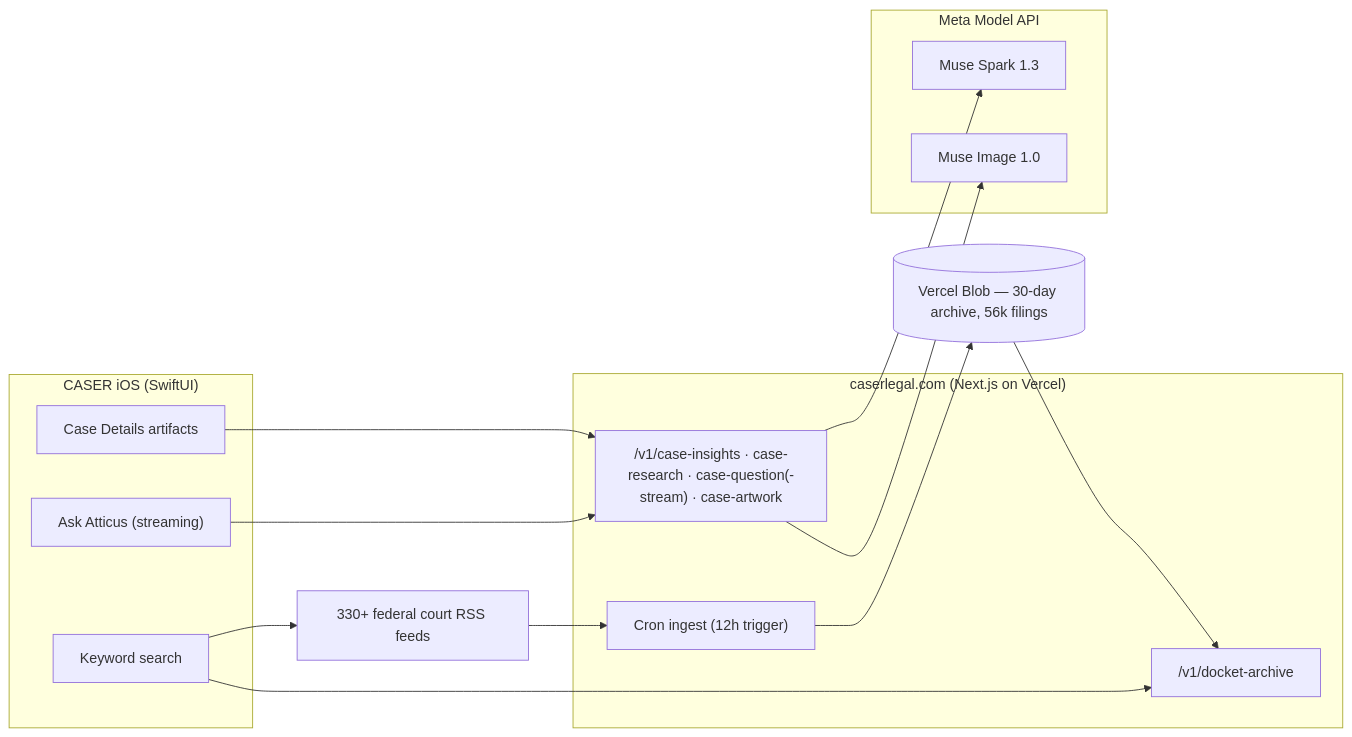
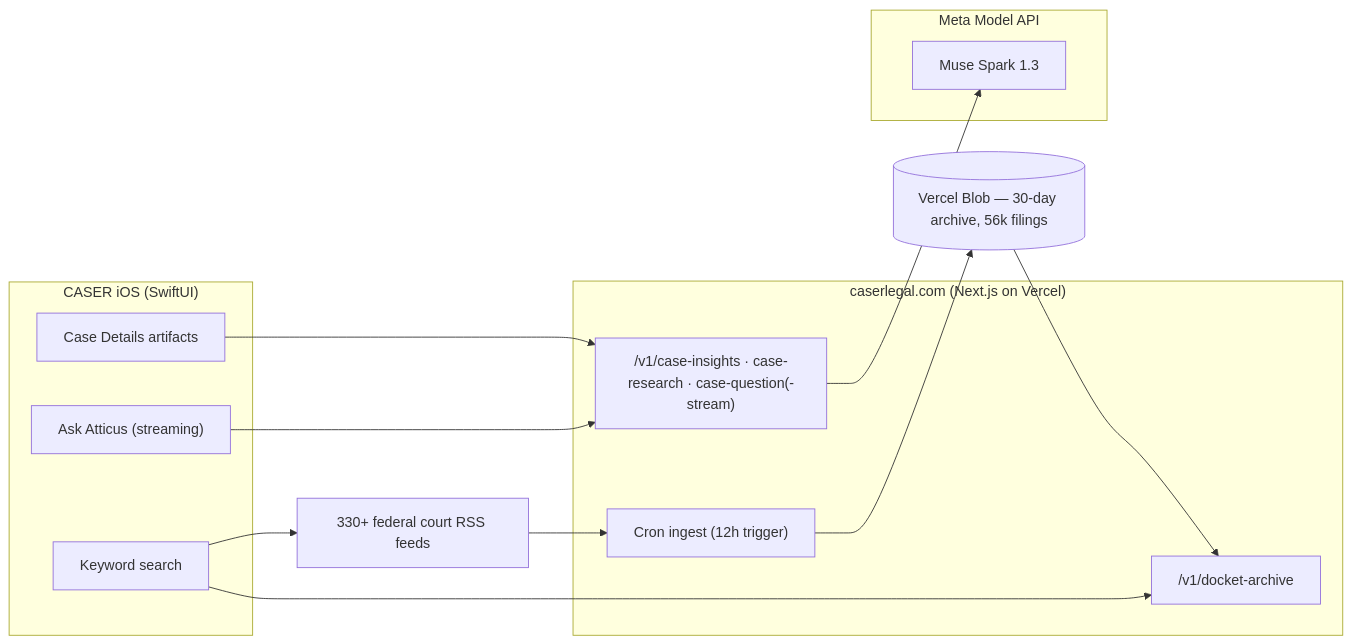
The diagram in README.md (caser-legal/CASER-2.0), drawn with Mermaid before and after one commit. The commit also changed other lines of this file, not shown here.

````diff
--- a/README.md
+++ b/README.md
@@ -95,26 +100,24 @@
 ```mermaid
 flowchart LR
     subgraph iPhone["CASER iOS (SwiftUI)"]
         Search["Keyword search"]
         Details["Case Details artifacts"]
         Ask["Ask Atticus (streaming)"]
     end
     subgraph Web["caserlegal.com (Next.js on Vercel)"]
-        API["/v1/case-insights · case-research · case-question(-stream) · case-artwork"]
+        API["/v1/case-insights · case-research · case-question(-stream)"]
         ArchiveAPI["/v1/docket-archive"]
         Cron["Cron ingest (12h trigger)"]
     end
     subgraph Meta["Meta Model API"]
         Spark["Muse Spark 1.3"]
-        Image["Muse Image 1.0"]
     end
     Feeds["330+ federal court RSS feeds"] --> Cron
     Cron --> Blob[("Vercel Blob — 30-day archive, 56k filings")]
     Blob --> ArchiveAPI
     Search --> ArchiveAPI
     Search --> Feeds
     Details --> API
     Ask --> API
     API --> Spark
-    API --> Image
 ```
````
